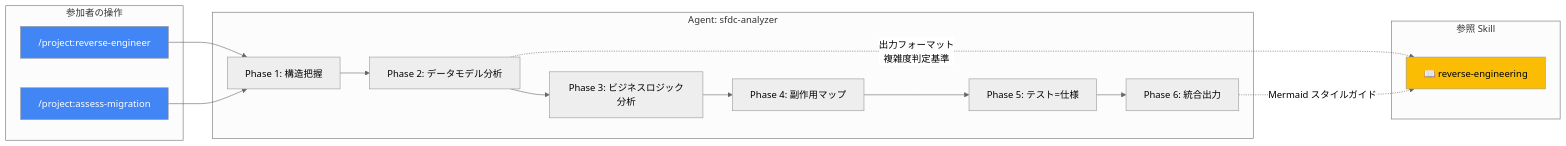
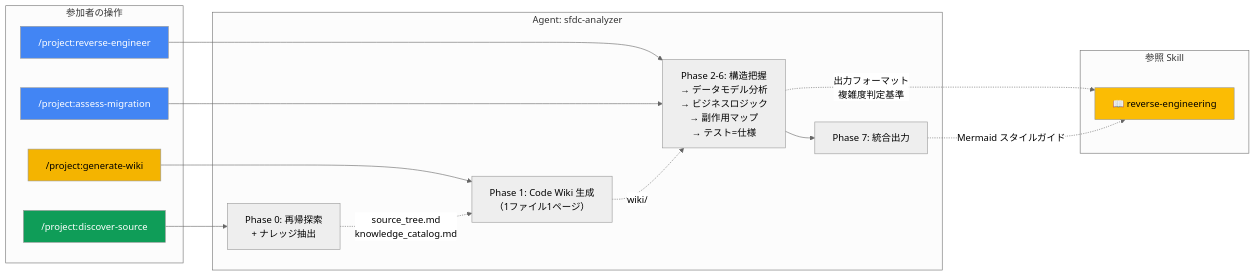
The fourth of 9 diagrams in workshop-real/README.md (tyorikan/migration-with-ai), drawn with Mermaid (neutral theme) before and after one commit. The commit also changed other lines of this file, not shown here.

First line of the commit message:
fix: README.md の Step 1 を 3段パイプライン（Code Wiki）に全面更新

````diff
--- a/workshop-real/README.md
+++ b/workshop-real/README.md
@@ -243,29 +254,35 @@
 ```mermaid
 flowchart LR
     subgraph "参加者の操作"
-        C1["/project:reverse-engineer"]
-        C2["/project:assess-migration"]
+        C0["/project:discover-source"]
+        C1["/project:generate-wiki"]
+        C2["/project:reverse-engineer"]
+        C3["/project:assess-migration"]
     end
 
     subgraph "Agent: sfdc-analyzer"
-        A1["Phase 1: 構造把握"]
-        A2["Phase 2: データモデル分析"]
-        A3["Phase 3: ビジネスロジック分析"]
-        A4["Phase 4: 副作用マップ"]
-        A5["Phase 5: テスト=仕様"]
-        A6["Phase 6: 統合出力"]
+        A0["Phase 0: 再帰探索<br/>+ ナレッジ抽出"]
+        A1["Phase 1: Code Wiki 生成<br/>（1ファイル1ページ）"]
+        A2["Phase 2-6: 構造把握<br/>→ データモデル分析<br/>→ ビジネスロジック<br/>→ 副作用マップ<br/>→ テスト=仕様"]
+        A7["Phase 7: 統合出力"]
     end
 
     subgraph "参照 Skill"
         S1["📖 reverse-engineering"]
     end
 
-    C1 --> A1 --> A2 --> A3 --> A4 --> A5 --> A6
-    C2 --> A1
+    C0 --> A0
+    C1 --> A1
+    C2 --> A2 --> A7
+    C3 --> A2
+    A0 -.->|"source_tree.md<br/>knowledge_catalog.md"| A1
+    A1 -.->|"wiki/"| A2
     A2 -.->|"出力フォーマット<br/>複雑度判定基準"| S1
-    A6 -.->|"Mermaid スタイルガイド"| S1
+    A7 -.->|"Mermaid スタイルガイド"| S1
 
-    style C1 fill:#4285F4,color:#fff
+    style C0 fill:#0F9D58,color:#fff
+    style C1 fill:#F4B400,color:#000
     style C2 fill:#4285F4,color:#fff
+    style C3 fill:#4285F4,color:#fff
     style S1 fill:#FBBC04,color:#000
 ```
````
